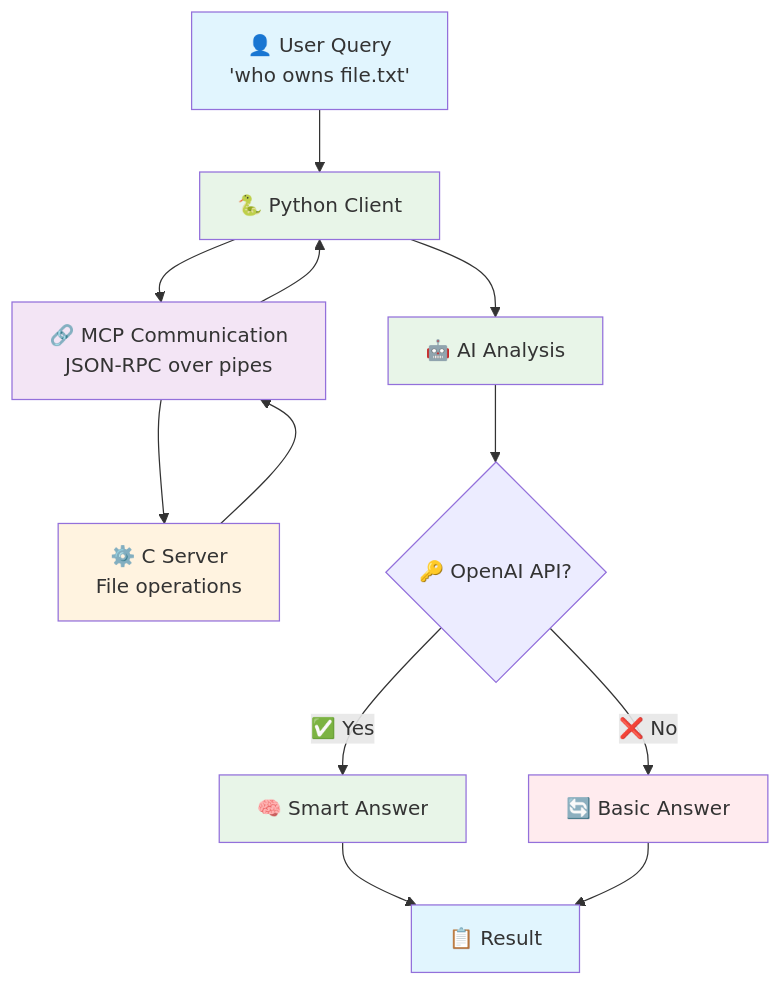
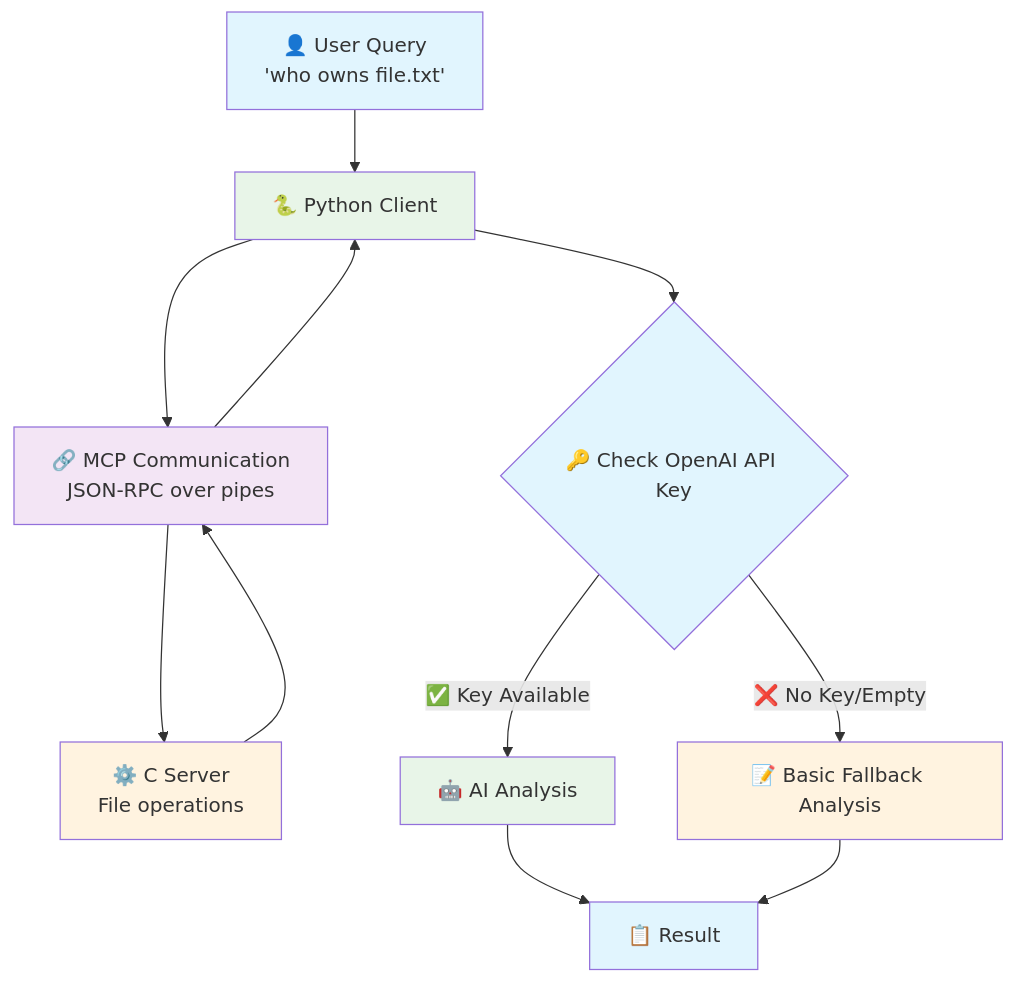
Before and after one commit to engmohamedsalah/FileSavantAI: the first of 2 diagrams in README.md, drawn with Mermaid. The commit also changed other lines of this file and 1 other file, not shown here.

````diff
--- a/README.md
+++ b/README.md
@@ -364,30 +364,28 @@
 ```mermaid
 graph TD
     A["👤 User Query<br/>'who owns file.txt'"] --> B["🐍 Python Client"]
     
     B --> C["🔗 MCP Communication<br/>JSON-RPC over pipes"]
     
     C --> D["⚙️ C Server<br/>File operations"]
     
     D --> C
     C --> B
     
-    B --> E["🤖 AI Analysis"]
+    B --> E{"🔑 Check OpenAI API Key"}
     
-    E --> F{"🔑 OpenAI API?"}
+    E -->|"✅ Key Available"| F["🤖 AI Analysis"]
+    E -->|"❌ No Key/Empty"| G["📝 Basic Fallback Analysis"]
     
-    F -->|"✅ Yes"| G["🧠 Smart Answer"]
-    F -->|"❌ No"| H["🔄 Basic Answer"]
-    
-    G --> I["📋 Result"]
-    H --> I
+    F --> H["📋 Result"]
+    G --> H
     
     style A fill:#e1f5fe
     style B fill:#e8f5e8
     style C fill:#f3e5f5
     style D fill:#fff3e0
-    style E fill:#e8f5e8
-    style G fill:#e8f5e8
-    style H fill:#ffebee
-    style I fill:#e1f5fe
+    style E fill:#e1f5fe
+    style F fill:#e8f5e8
+    style G fill:#fff3e0
+    style H fill:#e1f5fe
 ```
````
